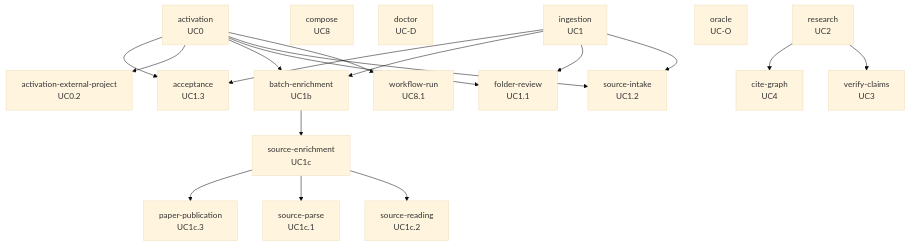
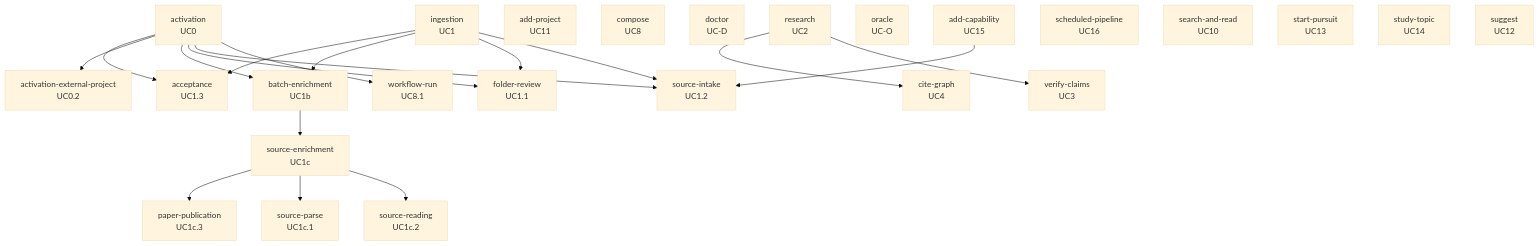
Before and after one commit to Jake36999/Librarian_V2: the diagram in reports/2026-11-25-systems-analysis-finalisation/librarian/as-is/composition.md, drawn with Mermaid (base theme). The commit also changed other lines of this file and 42 other files, not shown here.

````diff
--- a/reports/2026-11-25-systems-analysis-finalisation/librarian/as-is/composition.md
+++ b/reports/2026-11-25-systems-analysis-finalisation/librarian/as-is/composition.md
@@ -5,37 +5,45 @@
 ```mermaid
 flowchart TD
   acceptance["acceptance<br/>UC1.3"]
   activation_external_project["activation-external-project<br/>UC0.2"]
   activation["activation<br/>UC0"]
+  add_capability["add-capability<br/>UC15"]
+  add_project["add-project<br/>UC11"]
   batch_enrichment["batch-enrichment<br/>UC1b"]
   cite_graph["cite-graph<br/>UC4"]
   compose["compose<br/>UC8"]
   doctor["doctor<br/>UC-D"]
   folder_review["folder-review<br/>UC1.1"]
   ingestion["ingestion<br/>UC1"]
   oracle["oracle<br/>UC-O"]
   paper_publication["paper-publication<br/>UC1c.3"]
   research["research<br/>UC2"]
+  scheduled_pipeline["scheduled-pipeline<br/>UC16"]
+  search_and_read["search-and-read<br/>UC10"]
   source_enrichment["source-enrichment<br/>UC1c"]
   source_intake["source-intake<br/>UC1.2"]
   source_parse["source-parse<br/>UC1c.1"]
   source_reading["source-reading<br/>UC1c.2"]
+  start_pursuit["start-pursuit<br/>UC13"]
+  study_topic["study-topic<br/>UC14"]
+  suggest["suggest<br/>UC12"]
   verify_claims["verify-claims<br/>UC3"]
   workflow_run["workflow-run<br/>UC8.1"]
   activation --> acceptance
   activation --> activation_external_project
   activation --> batch_enrichment
   activation --> folder_review
   activation --> source_intake
   activation --> workflow_run
+  add_capability --> source_intake
   batch_enrichment --> source_enrichment
   ingestion --> acceptance
   ingestion --> batch_enrichment
   ingestion --> folder_review
   ingestion --> source_intake
   research --> cite_graph
   research --> verify_claims
   source_enrichment --> paper_publication
   source_enrichment --> source_parse
   source_enrichment --> source_reading
 ```
````
